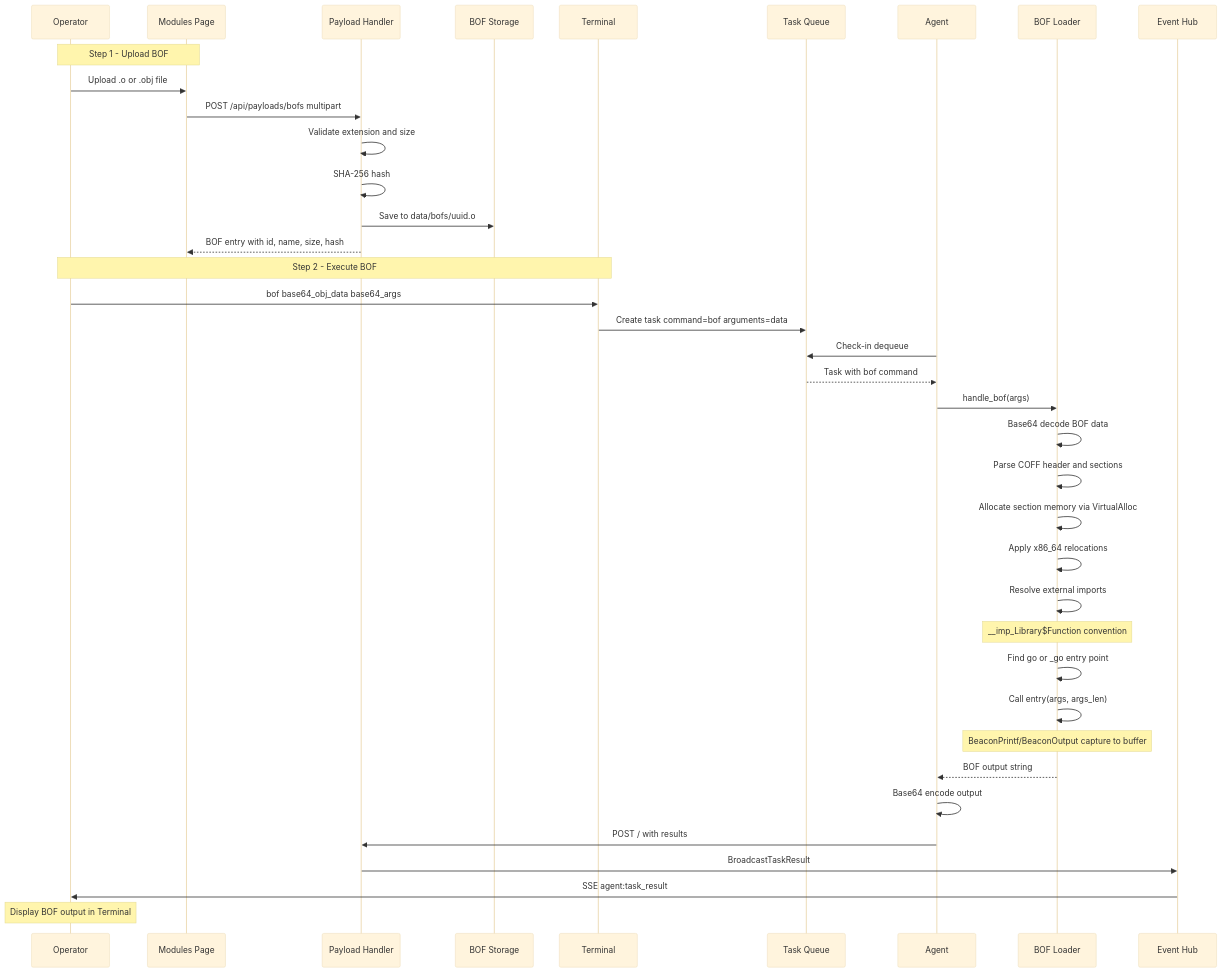
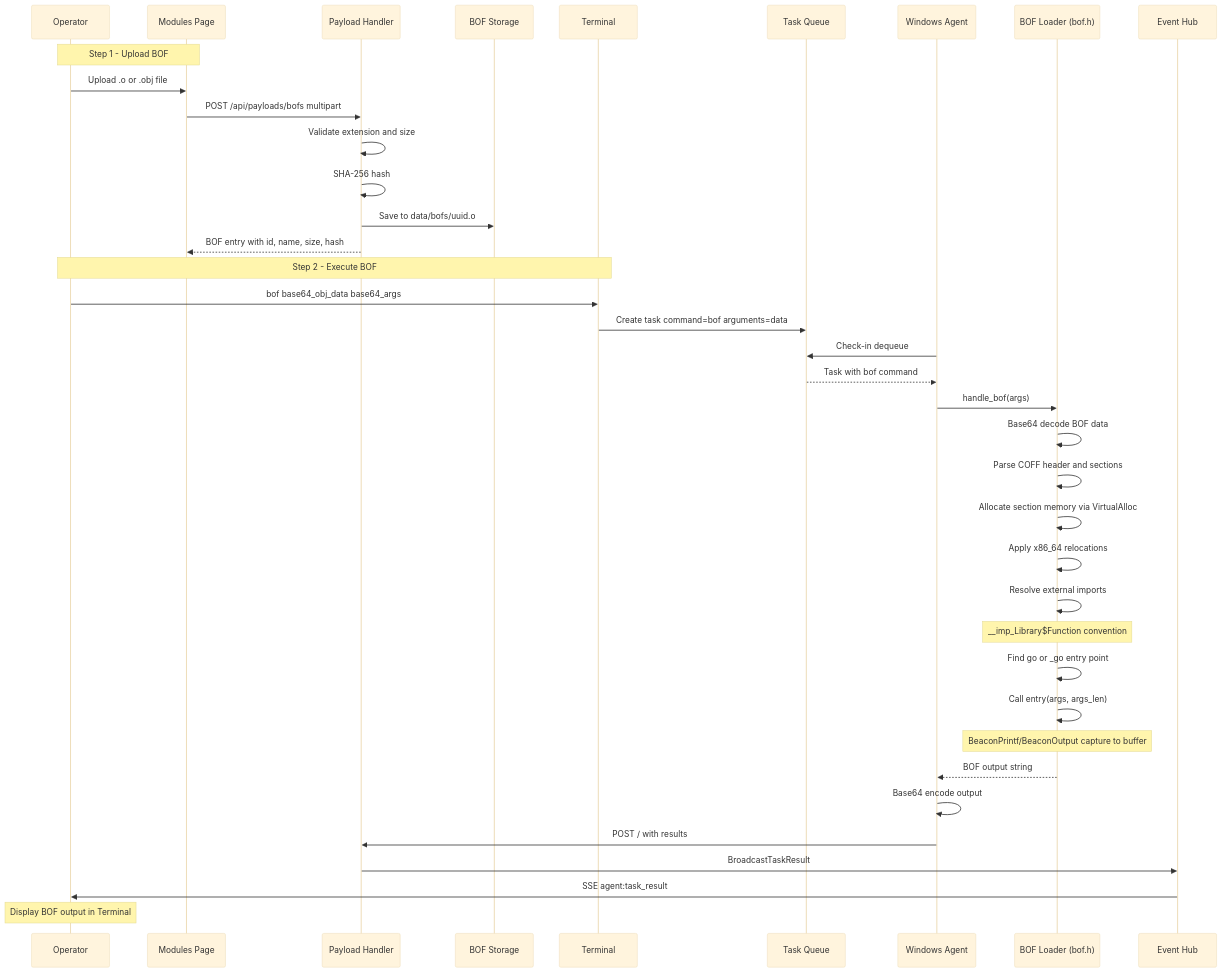
Before and after one commit to hrdebraj/Apex: diagram 12 of 20 in ARCHITECTURE.md, drawn with Mermaid (base theme). The commit also changed other lines of this file and 38 other files, not shown here.

````diff
--- a/ARCHITECTURE.md
+++ b/ARCHITECTURE.md
@@ -301,46 +613,46 @@
 ```mermaid
 sequenceDiagram
     participant OP as Operator
     participant MOD as Modules Page
     participant API as Payload Handler
     participant FS as BOF Storage
     participant TERM as Terminal
     participant TQ as Task Queue
-    participant AGT as Agent
-    participant BOF as BOF Loader
+    participant AGT as Windows Agent
+    participant BOF as BOF Loader (bof.h)
     participant EVT as Event Hub
 
     Note over OP,MOD: Step 1 - Upload BOF
     OP->>MOD: Upload .o or .obj file
     MOD->>API: POST /api/payloads/bofs multipart
     API->>API: Validate extension and size
     API->>API: SHA-256 hash
     API->>FS: Save to data/bofs/uuid.o
     API-->>MOD: BOF entry with id, name, size, hash
 
     Note over OP,TERM: Step 2 - Execute BOF
     OP->>TERM: bof base64_obj_data base64_args
     TERM->>TQ: Create task command=bof arguments=data
 
     AGT->>TQ: Check-in dequeue
     TQ-->>AGT: Task with bof command
 
     AGT->>BOF: handle_bof(args)
     BOF->>BOF: Base64 decode BOF data
     BOF->>BOF: Parse COFF header and sections
     BOF->>BOF: Allocate section memory via VirtualAlloc
     BOF->>BOF: Apply x86_64 relocations
     BOF->>BOF: Resolve external imports
     Note over BOF: __imp_Library$Function convention
     BOF->>BOF: Find go or _go entry point
     BOF->>BOF: Call entry(args, args_len)
     Note over BOF: BeaconPrintf/BeaconOutput capture to buffer
 
     BOF-->>AGT: BOF output string
 
     AGT->>AGT: Base64 encode output
     AGT->>API: POST / with results
     API->>EVT: BroadcastTaskResult
     EVT->>OP: SSE agent:task_result
     Note over OP: Display BOF output in Terminal
 ```
````
